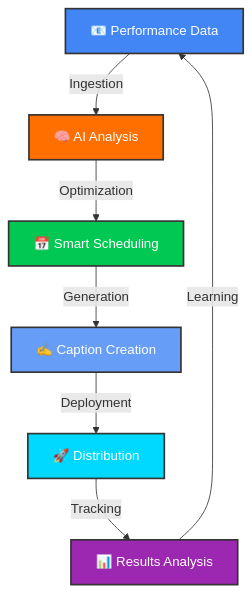
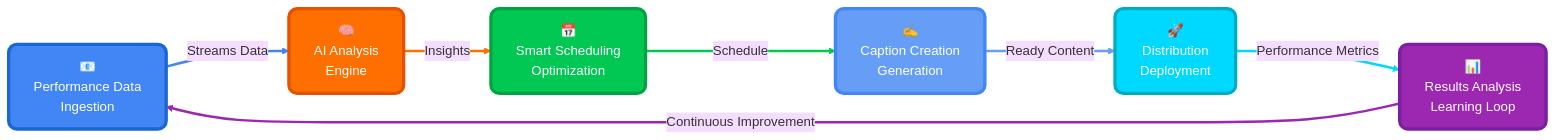
Before and after one commit to kyle-eros/eros-scheduling-brain: the diagram in README.md, drawn with Mermaid. The commit also changed other lines of this file, not shown here.

Commit message:
Revert README to aae6222 and enhance automation loop graph with high-quality styling

````diff
--- a/README.md
+++ b/README.md
@@ -5,16 +137,31 @@
 ```mermaid
-graph TB
-    A[📧 Performance Data] -->|Ingestion| B[🧠 AI Analysis]
-    B -->|Optimization| C[📅 Smart Scheduling]
-    C -->|Generation| D[✍️ Caption Creation]
-    D -->|Deployment| E[🚀 Distribution]
-    E -->|Tracking| F[📊 Results Analysis]
-    F -->|Learning| A
-
-    style A fill:#4285F4,stroke:#333,stroke-width:2px,color:#fff
-    style B fill:#FF6F00,stroke:#333,stroke-width:2px,color:#fff
-    style C fill:#00C853,stroke:#333,stroke-width:2px,color:#fff
-    style D fill:#669DF6,stroke:#333,stroke-width:2px,color:#fff
-    style E fill:#00D9FF,stroke:#333,stroke-width:2px,color:#fff
-    style F fill:#9C27B0,stroke:#333,stroke-width:2px,color:#fff
+%%{init: {'theme':'base', 'themeVariables': { 'fontSize':'16px', 'fontFamily':'arial'}}}%%
+graph LR
+    A[📧<br/>Performance Data<br/>Ingestion]
+    B[🧠<br/>AI Analysis<br/>Engine]
+    C[📅<br/>Smart Scheduling<br/>Optimization]
+    D[✍️<br/>Caption Creation<br/>Generation]
+    E[🚀<br/>Distribution<br/>Deployment]
+    F[📊<br/>Results Analysis<br/>Learning Loop]
+    
+    A ==>|Streams Data| B
+    B ==>|Insights| C
+    C ==>|Schedule| D
+    D ==>|Ready Content| E
+    E ==>|Performance Metrics| F
+    F ==>|Continuous Improvement| A
+    
+    style A fill:#4285F4,stroke:#1967D2,stroke-width:4px,color:#fff,rx:10,ry:10
+    style B fill:#FF6F00,stroke:#E65100,stroke-width:4px,color:#fff,rx:10,ry:10
+    style C fill:#00C853,stroke:#00A344,stroke-width:4px,color:#fff,rx:10,ry:10
+    style D fill:#669DF6,stroke:#4285F4,stroke-width:4px,color:#fff,rx:10,ry:10
+    style E fill:#00D9FF,stroke:#00ACC1,stroke-width:4px,color:#fff,rx:10,ry:10
+    style F fill:#9C27B0,stroke:#7B1FA2,stroke-width:4px,color:#fff,rx:10,ry:10
+    
+    linkStyle 0 stroke:#4285F4,stroke-width:3px
+    linkStyle 1 stroke:#FF6F00,stroke-width:3px
+    linkStyle 2 stroke:#00C853,stroke-width:3px
+    linkStyle 3 stroke:#669DF6,stroke-width:3px
+    linkStyle 4 stroke:#00D9FF,stroke-width:3px
+    linkStyle 5 stroke:#9C27B0,stroke-width:3px
 ```
````
